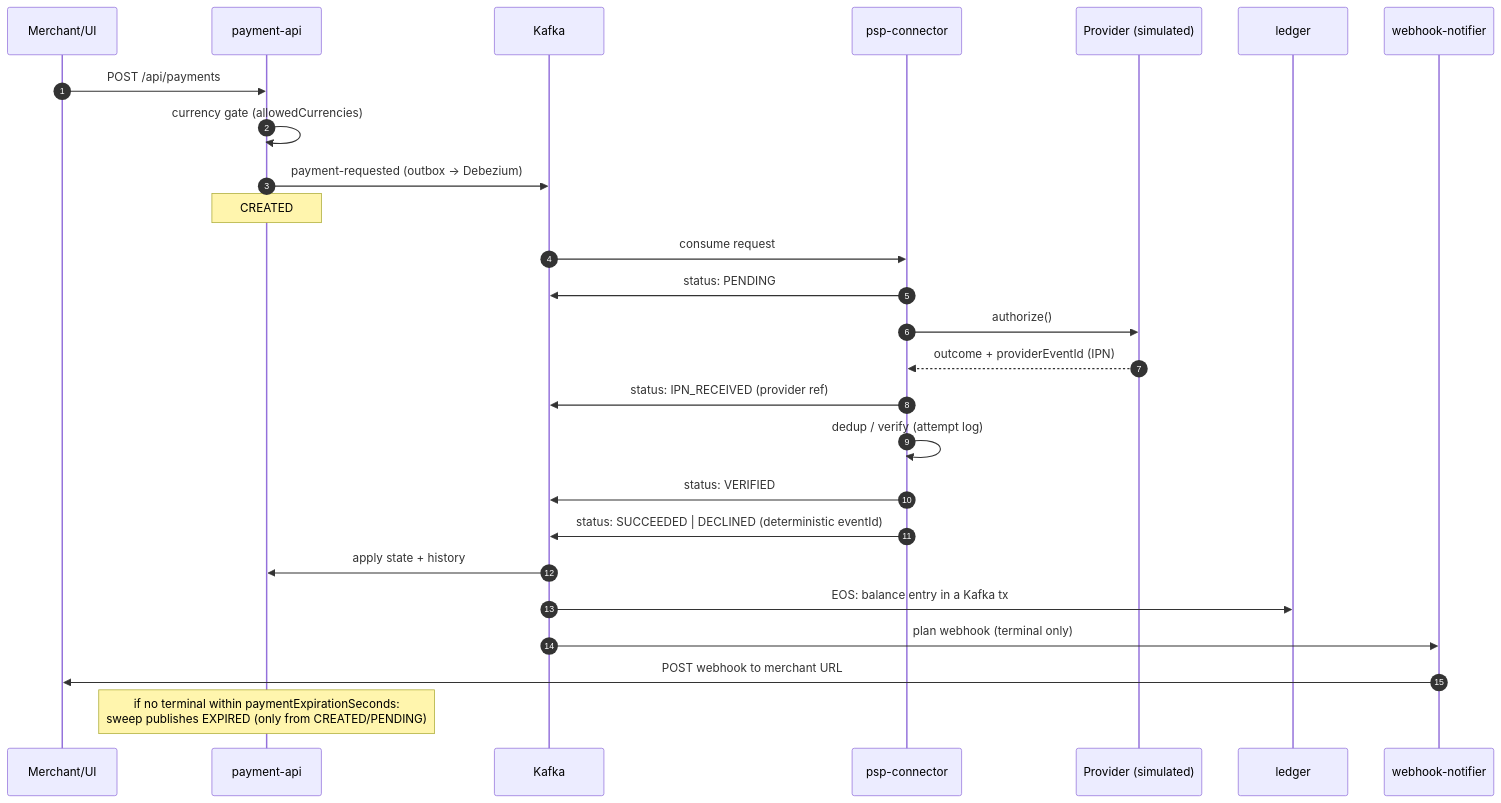
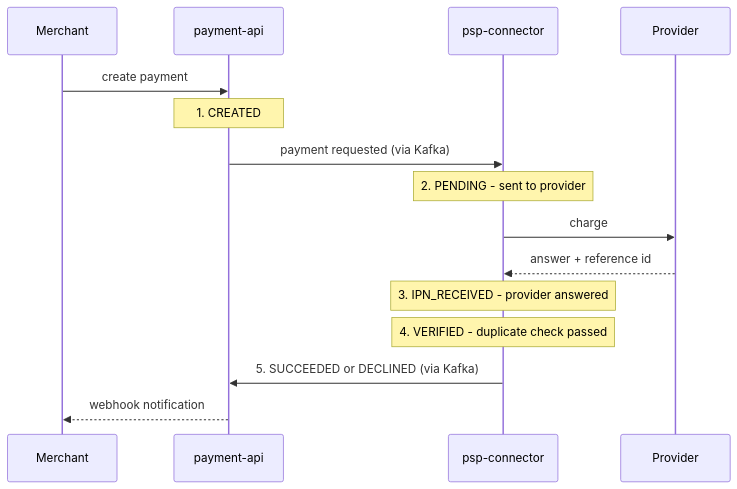
One commit to DmytroBobryshev/kafka-psp-pipeline changed the diagram in documentation/diagrams/payment-lifecycle.md. Above: the diagram before and after it, drawn with Mermaid. The commit also changed other lines of this file and 4 other files, not shown here.

Commit message:
simplify the diagrams

````diff
--- a/documentation/diagrams/payment-lifecycle.md
+++ b/documentation/diagrams/payment-lifecycle.md
@@ -3,29 +5,18 @@
 ```mermaid
 sequenceDiagram
-    autonumber
-    participant M as Merchant/UI
-    participant PA as payment-api
-    participant K as Kafka
-    participant PC as psp-connector
-    participant PR as Provider (simulated)
-    participant L as ledger
-    participant W as webhook-notifier
+    participant M as Merchant
+    participant API as payment-api
+    participant PSP as psp-connector
+    participant P as Provider
 
-    M->>PA: POST /api/payments
-    PA->>PA: currency gate (allowedCurrencies)
-    PA->>K: payment-requested (outbox -> Debezium)
-    Note over PA: CREATED
-    K->>PC: consume request
-    PC->>K: status: PENDING
-    PC->>PR: authorize()
-    PR-->>PC: outcome + providerEventId (IPN)
-    PC->>K: status: IPN_RECEIVED (provider ref)
-    PC->>PC: dedup / verify (attempt log)
-    PC->>K: status: VERIFIED
-    PC->>K: status: SUCCEEDED | DECLINED (deterministic eventId)
-    K->>PA: apply state + history
-    K->>L: EOS: balance entry in a Kafka tx
-    K->>W: plan webhook (terminal only)
-    W->>M: POST webhook to merchant URL
-    Note over PA: if no terminal within paymentExpirationSeconds:<br/>sweep publishes EXPIRED (only from CREATED/PENDING)
+    M->>API: create payment
+    Note over API: 1. CREATED
+    API->>PSP: payment requested (via Kafka)
+    Note over PSP: 2. PENDING - sent to provider
+    PSP->>P: charge
+    P-->>PSP: answer + reference id
+    Note over PSP: 3. IPN_RECEIVED - provider answered
+    Note over PSP: 4. VERIFIED - duplicate check passed
+    PSP->>API: 5. SUCCEEDED or DECLINED (via Kafka)
+    API-->>M: webhook notification
 ```
````
